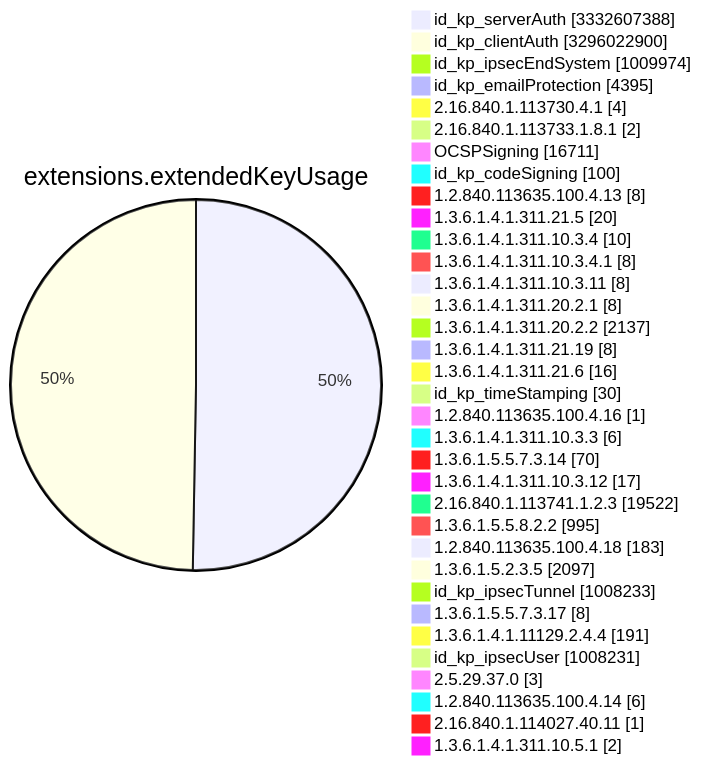
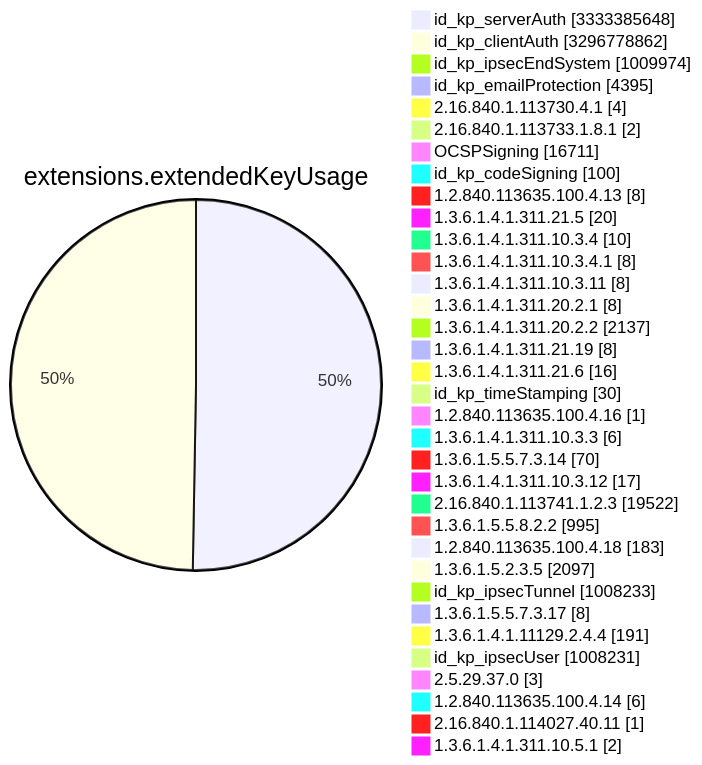
Diagram 11 of 15 in TOTAL/README.md (christiankrug/ctmonitor_visualization), drawn with Mermaid before and after one commit. The commit also changed other lines of this file, not shown here.

````diff
--- a/TOTAL/README.md
+++ b/TOTAL/README.md
@@ -4120,38 +4120,38 @@
 ```mermaid
 pie showData
 title extensions.extendedKeyUsage
-"id_kp_serverAuth" :3332607388
-"id_kp_clientAuth" :3296022900
+"id_kp_serverAuth" :3333385648
+"id_kp_clientAuth" :3296778862
 "id_kp_ipsecEndSystem" :1009974
 "id_kp_emailProtection" :4395
 "2.16.840.1.113730.4.1" :4
 "2.16.840.1.113733.1.8.1" :2
 "OCSPSigning" :16711
 "id_kp_codeSigning" :100
 "1.2.840.113635.100.4.13" :8
 "1.3.6.1.4.1.311.21.5" :20
 "1.3.6.1.4.1.311.10.3.4" :10
 "1.3.6.1.4.1.311.10.3.4.1" :8
 "1.3.6.1.4.1.311.10.3.11" :8
 "1.3.6.1.4.1.311.20.2.1" :8
 "1.3.6.1.4.1.311.20.2.2" :2137
 "1.3.6.1.4.1.311.21.19" :8
 "1.3.6.1.4.1.311.21.6" :16
 "id_kp_timeStamping" :30
 "1.2.840.113635.100.4.16" :1
 "1.3.6.1.4.1.311.10.3.3" :6
 "1.3.6.1.5.5.7.3.14" :70
 "1.3.6.1.4.1.311.10.3.12" :17
 "2.16.840.1.113741.1.2.3" :19522
 "1.3.6.1.5.5.8.2.2" :995
 "1.2.840.113635.100.4.18" :183
 "1.3.6.1.5.2.3.5" :2097
 "id_kp_ipsecTunnel" :1008233
 "1.3.6.1.5.5.7.3.17" :8
 "1.3.6.1.4.1.11129.2.4.4" :191
 "id_kp_ipsecUser" :1008231
 "2.5.29.37.0" :3
 "1.2.840.113635.100.4.14" :6
 "2.16.840.1.114027.40.11" :1
 "1.3.6.1.4.1.311.10.5.1" :2
 ```
````
